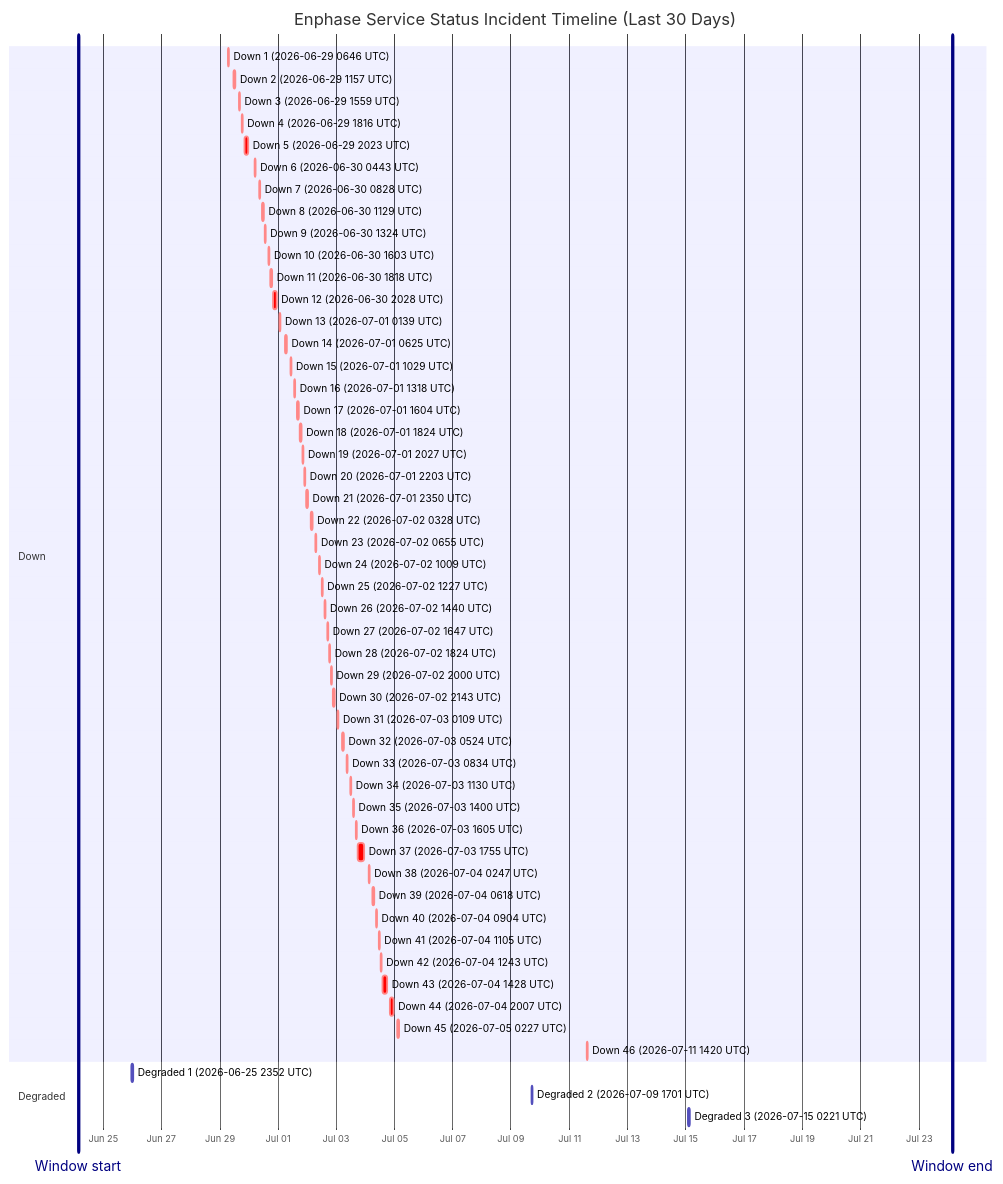
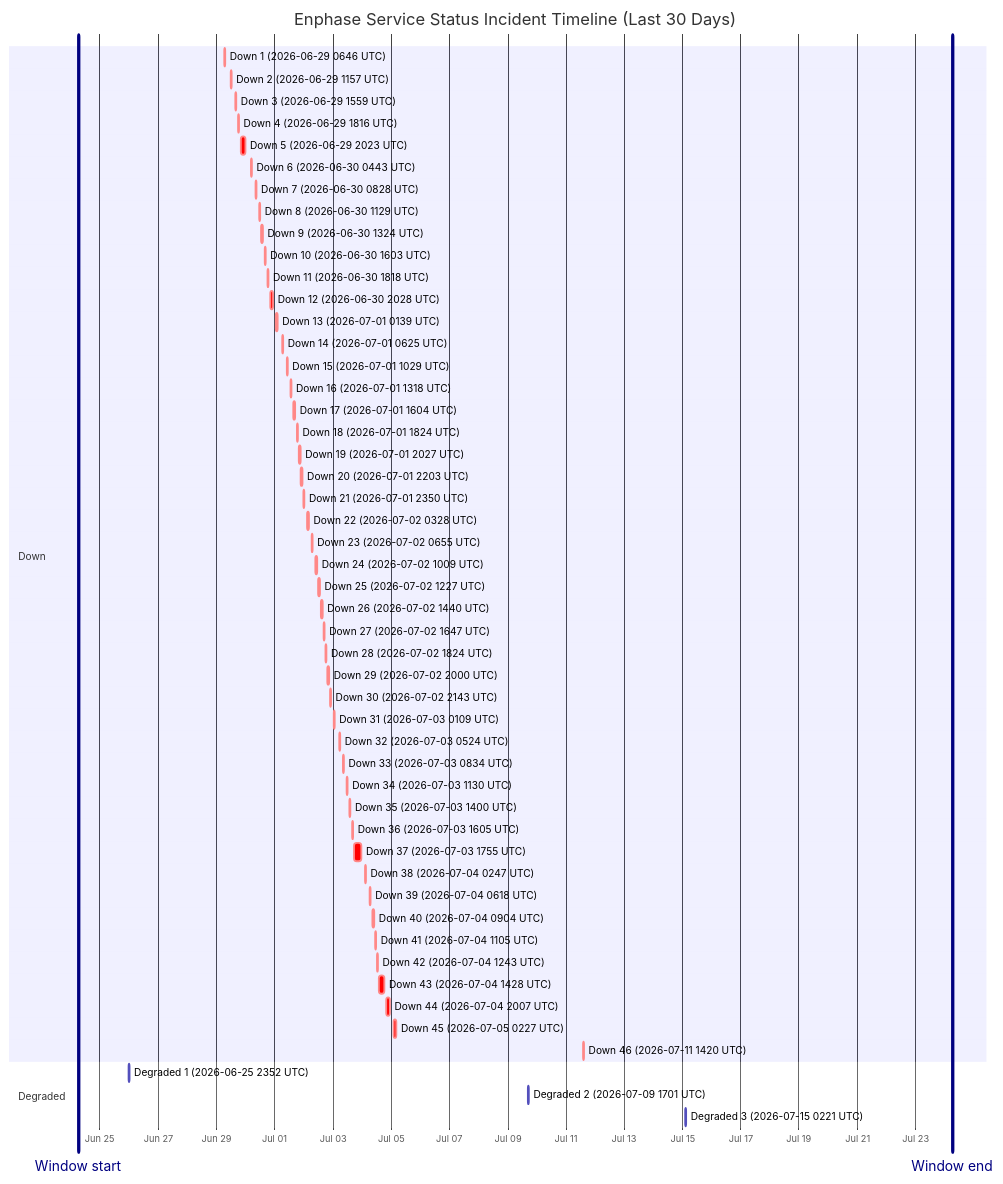
One commit to barneyonline/ha-enphase-energy changed the diagram in wiki/Service-Status-History.md. Above: the diagram before and after it, drawn with Mermaid. The commit also changed other lines of this file and 3 other files, not shown here.

````diff
--- a/wiki/Service-Status-History.md
+++ b/wiki/Service-Status-History.md
@@ -14,59 +14,59 @@
 ```mermaid
 gantt
     title Enphase Service Status Incident Timeline (Last 30 Days)
     dateFormat  YYYY-MM-DDTHH:mm:ss
     axisFormat  %b %d
-    Window start :vert, window-start, 2026-06-24T03:33:07, 0ms
-    Window end :vert, window-end, 2026-07-24T03:33:07, 0ms
+    Window start :vert, window-start, 2026-06-24T06:24:19, 0ms
+    Window end :vert, window-end, 2026-07-24T06:24:19, 0ms
     section Down
     Down 1 (2026-06-29 0646 UTC) :crit, down-1, 2026-06-29T06:46:18, 60m
     Down 2 (2026-06-29 1157 UTC) :crit, down-2, 2026-06-29T11:57:36, 60m
     Down 3 (2026-06-29 1559 UTC) :crit, down-3, 2026-06-29T15:59:02, 60m
     Down 4 (2026-06-29 1816 UTC) :crit, down-4, 2026-06-29T18:16:38, 60m
     Down 5 (2026-06-29 2023 UTC) :crit, down-5, 2026-06-29T20:23:16, 220m
     Down 6 (2026-06-30 0443 UTC) :crit, down-6, 2026-06-30T04:43:54, 60m
     Down 7 (2026-06-30 0828 UTC) :crit, down-7, 2026-06-30T08:28:43, 60m
     Down 8 (2026-06-30 1129 UTC) :crit, down-8, 2026-06-30T11:29:15, 60m
     Down 9 (2026-06-30 1324 UTC) :crit, down-9, 2026-06-30T13:24:25, 60m
     Down 10 (2026-06-30 1603 UTC) :crit, down-10, 2026-06-30T16:03:26, 60m
     Down 11 (2026-06-30 1818 UTC) :crit, down-11, 2026-06-30T18:18:39, 60m
     Down 12 (2026-06-30 2028 UTC) :crit, down-12, 2026-06-30T20:28:54, 171m
     Down 13 (2026-07-01 0139 UTC) :crit, down-13, 2026-07-01T01:39:18, 60m
     Down 14 (2026-07-01 0625 UTC) :crit, down-14, 2026-07-01T06:25:35, 60m
     Down 15 (2026-07-01 1029 UTC) :crit, down-15, 2026-07-01T10:29:24, 60m
     Down 16 (2026-07-01 1318 UTC) :crit, down-16, 2026-07-01T13:18:31, 60m
     Down 17 (2026-07-01 1604 UTC) :crit, down-17, 2026-07-01T16:04:29, 60m
     Down 18 (2026-07-01 1824 UTC) :crit, down-18, 2026-07-01T18:24:21, 60m
     Down 19 (2026-07-01 2027 UTC) :crit, down-19, 2026-07-01T20:27:17, 60m
     Down 20 (2026-07-01 2203 UTC) :crit, down-20, 2026-07-01T22:03:46, 60m
     Down 21 (2026-07-01 2350 UTC) :crit, down-21, 2026-07-01T23:50:52, 60m
     Down 22 (2026-07-02 0328 UTC) :crit, down-22, 2026-07-02T03:28:33, 60m
     Down 23 (2026-07-02 0655 UTC) :crit, down-23, 2026-07-02T06:55:07, 60m
     Down 24 (2026-07-02 1009 UTC) :crit, down-24, 2026-07-02T10:09:15, 60m
     Down 25 (2026-07-02 1227 UTC) :crit, down-25, 2026-07-02T12:27:49, 60m
     Down 26 (2026-07-02 1440 UTC) :crit, down-26, 2026-07-02T14:40:53, 60m
     Down 27 (2026-07-02 1647 UTC) :crit, down-27, 2026-07-02T16:47:47, 60m
     Down 28 (2026-07-02 1824 UTC) :crit, down-28, 2026-07-02T18:24:26, 60m
     Down 29 (2026-07-02 2000 UTC) :crit, down-29, 2026-07-02T20:00:57, 60m
     Down 30 (2026-07-02 2143 UTC) :crit, down-30, 2026-07-02T21:43:52, 80m
     Down 31 (2026-07-03 0109 UTC) :crit, down-31, 2026-07-03T01:09:19, 60m
     Down 32 (2026-07-03 0524 UTC) :crit, down-32, 2026-07-03T05:24:23, 60m
     Down 33 (2026-07-03 0834 UTC) :crit, down-33, 2026-07-03T08:34:05, 60m
     Down 34 (2026-07-03 1130 UTC) :crit, down-34, 2026-07-03T11:30:41, 60m
     Down 35 (2026-07-03 1400 UTC) :crit, down-35, 2026-07-03T14:00:48, 60m
     Down 36 (2026-07-03 1605 UTC) :crit, down-36, 2026-07-03T16:05:49, 60m
     Down 37 (2026-07-03 1755 UTC) :crit, down-37, 2026-07-03T17:55:54, 338m
     Down 38 (2026-07-04 0247 UTC) :crit, down-38, 2026-07-04T02:47:22, 60m
     Down 39 (2026-07-04 0618 UTC) :crit, down-39, 2026-07-04T06:18:09, 60m
     Down 40 (2026-07-04 0904 UTC) :crit, down-40, 2026-07-04T09:04:41, 60m
     Down 41 (2026-07-04 1105 UTC) :crit, down-41, 2026-07-04T11:05:21, 60m
     Down 42 (2026-07-04 1243 UTC) :crit, down-42, 2026-07-04T12:43:25, 60m
     Down 43 (2026-07-04 1428 UTC) :crit, down-43, 2026-07-04T14:28:07, 243m
     Down 44 (2026-07-04 2007 UTC) :crit, down-44, 2026-07-04T20:07:50, 206m
     Down 45 (2026-07-05 0227 UTC) :crit, down-45, 2026-07-05T02:27:32, 109m
     Down 46 (2026-07-11 1420 UTC) :crit, down-46, 2026-07-11T14:20:54, 69m
     section Degraded
     Degraded 1 (2026-06-25 2352 UTC) :active, degraded-1, 2026-06-25T23:52:01, 60m
     Degraded 2 (2026-07-09 1701 UTC) :active, degraded-2, 2026-07-09T17:01:02, 60m
     Degraded 3 (2026-07-15 0221 UTC) :active, degraded-3, 2026-07-15T02:21:35, 60m
 ```
````
